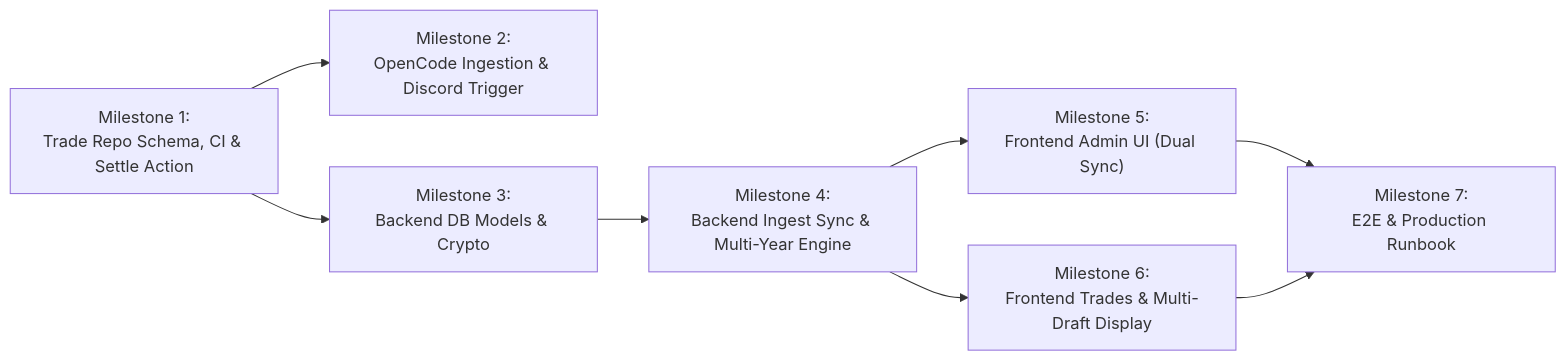
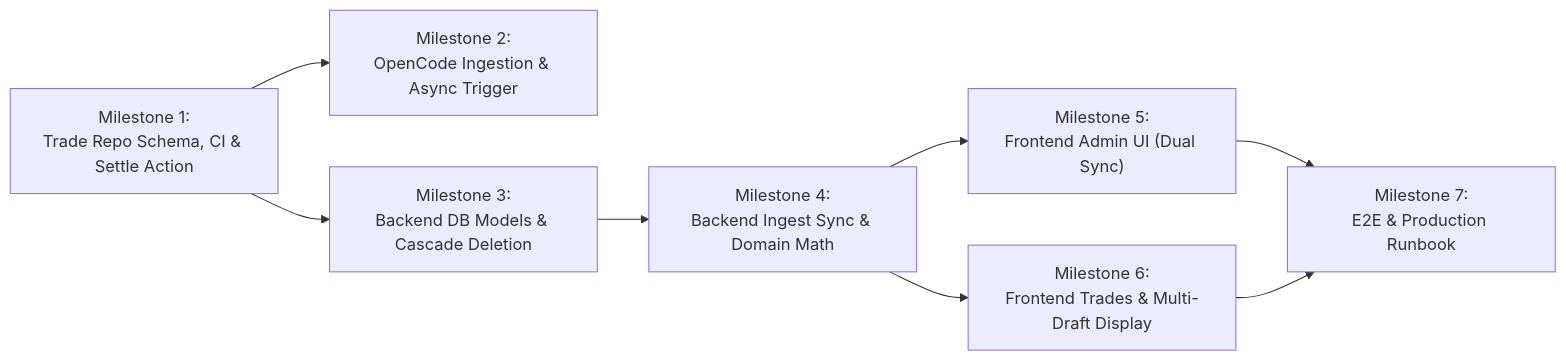
One commit to bberk/whodat-server changed the second of 2 diagrams in docs/TRADE_TRACKER_PLAN.md. Above: the diagram before and after it, drawn with Mermaid. The commit also changed other lines of this file, not shown here.

First line of the commit message:
Harden trade tracker plan from independent review

````diff
--- a/docs/TRADE_TRACKER_PLAN.md
+++ b/docs/TRADE_TRACKER_PLAN.md
@@ -452,10 +478,10 @@
 ```mermaid
 flowchart LR
-    M1["Milestone 1:<br/>Trade Repo Schema, CI & Settle Action"] --> M2["Milestone 2:<br/>OpenCode Ingestion & Discord Trigger"]
-    M1 --> M3["Milestone 3:<br/>Backend DB Models & Crypto"]
-    M3 --> M4["Milestone 4:<br/>Backend Ingest Sync & Multi-Year Engine"]
+    M1["Milestone 1:<br/>Trade Repo Schema, CI & Settle Action"] --> M2["Milestone 2:<br/>OpenCode Ingestion & Async Trigger"]
+    M1 --> M3["Milestone 3:<br/>Backend DB Models & Cascade Deletion"]
+    M3 --> M4["Milestone 4:<br/>Backend Ingest Sync & Domain Math"]
     M4 --> M5["Milestone 5:<br/>Frontend Admin UI (Dual Sync)"]
     M4 --> M6["Milestone 6:<br/>Frontend Trades & Multi-Draft Display"]
     M5 --> M7["Milestone 7:<br/>E2E & Production Runbook"]
     M6 --> M7
 ```
````
